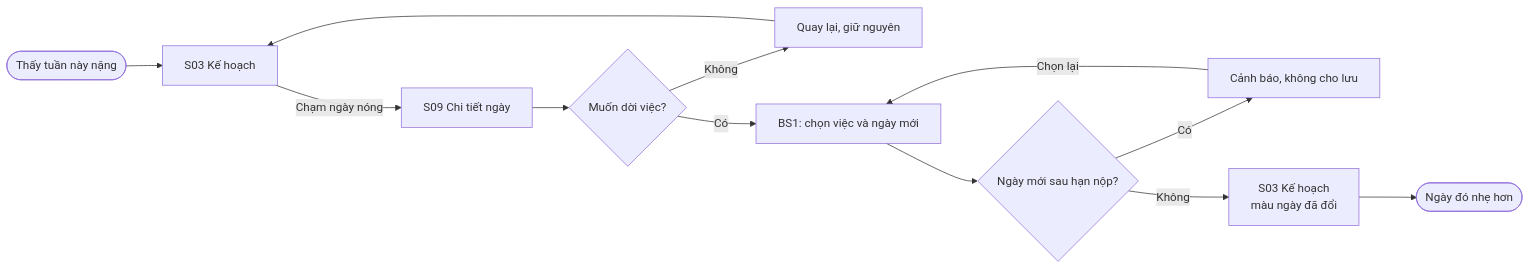
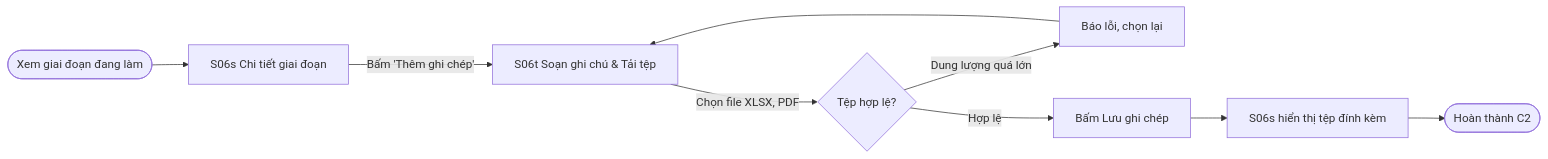
One commit to FU-PRM-Projects/prm393-lab2-group9 changed the third of 5 diagrams in ux/user-flow.md. Above: the diagram before and after it, drawn with Mermaid. The commit also changed other lines of this file and 1 other file, not shown here.

Commit message:
docs(ux): update persona to 4 personas and align user flows with upstream figma

````diff
--- a/ux/user-flow.md
+++ b/ux/user-flow.md
@@ -146,14 +157,11 @@
 ```mermaid
 flowchart LR
-  A([Thấy tuần này nặng]) --> B["S03 Kế hoạch"]
-  B -- Chạm ngày nóng --> C["S09 Chi tiết ngày"]
-  C --> D{"Muốn dời việc?"}
-  D -- Không --> E["Quay lại, giữ nguyên"]
-  E --> B
-  D -- Có --> F["BS1: chọn việc và ngày mới"]
-  F --> G{"Ngày mới sau hạn nộp?"}
-  G -- Có --> H["Cảnh báo, không cho lưu"]
-  H -- Chọn lại --> F
-  G -- Không --> I["S03 Kế hoạch<br/>màu ngày đã đổi"]
-  I --> J([Ngày đó nhẹ hơn])
+  A([Xem giai đoạn đang làm]) --> B["S06s Chi tiết giai đoạn"]
+  B -- Bấm 'Thêm ghi chép' --> C["S06t Soạn ghi chú & Tải tệp"]
+  C -- Chọn file XLSX, PDF --> D{"Tệp hợp lệ?"}
+  D -- Dung lượng quá lớn --> E["Báo lỗi, chọn lại"]
+  E --> C
+  D -- Hợp lệ --> F["Bấm Lưu ghi chép"]
+  F --> G["S06s hiển thị tệp đính kèm"]
+  G --> H([Hoàn thành C2])
 ```
````
